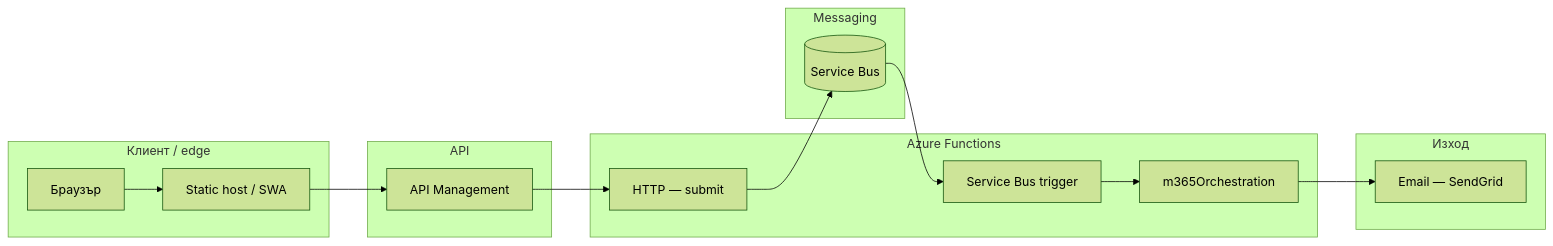
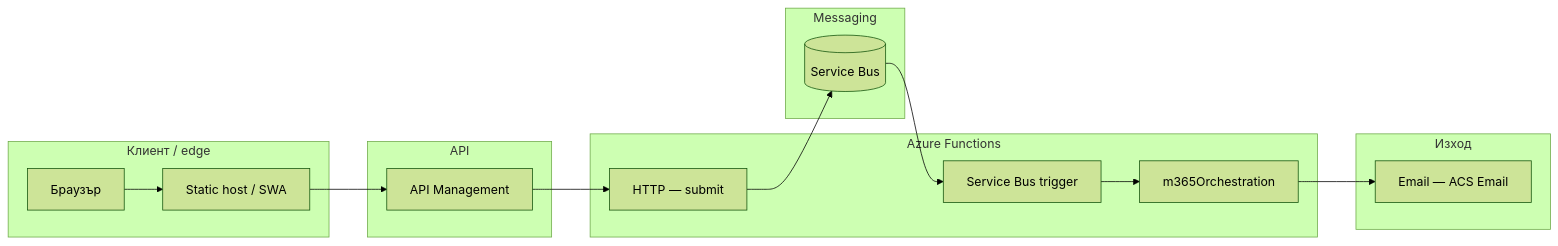
The first of 3 diagrams in docs/m365-orchestration.md (nikolay-angeloff/durable-functions-poc), drawn with Mermaid (forest theme) before and after one commit. The commit also changed 23 other files, not shown here.

````diff
--- a/docs/m365-orchestration.md
+++ b/docs/m365-orchestration.md
@@ -19,33 +19,33 @@
 ```mermaid
 flowchart LR
   subgraph Edge["Клиент / edge"]
     U[Браузър]
     CDN[Static host / SWA]
   end
 
   subgraph APIM["API"]
     GW[API Management]
   end
 
   subgraph Backend["Azure Functions"]
     HTTPFn[HTTP — submit]
     SBFn[Service Bus trigger]
     Durable[m365Orchestration]
   end
 
   subgraph Messaging["Messaging"]
     SB[(Service Bus)]
   end
 
   subgraph Mail["Изход"]
-    EM[Email — SendGrid]
+    EM[Email — ACS Email]
   end
 
   U --> CDN
   CDN --> GW
   GW --> HTTPFn
   HTTPFn --> SB
   SB --> SBFn
   SBFn --> Durable
   Durable --> EM
 ```
````
